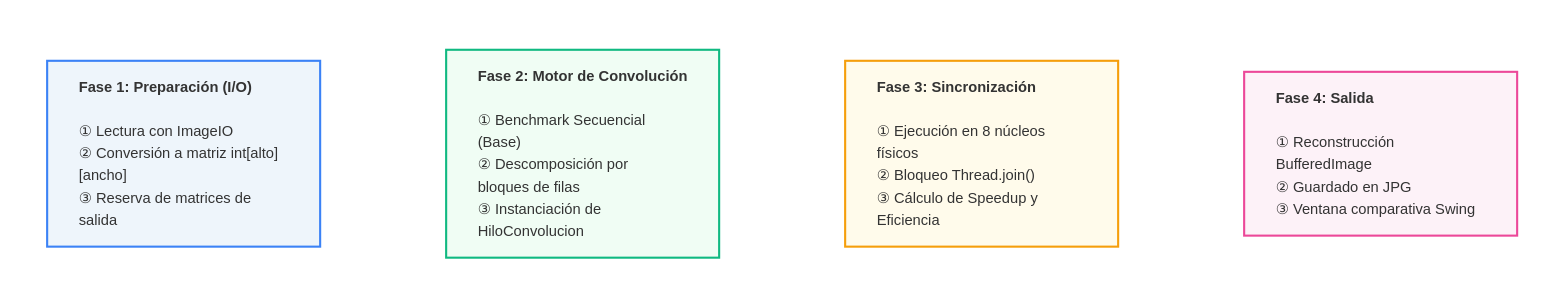
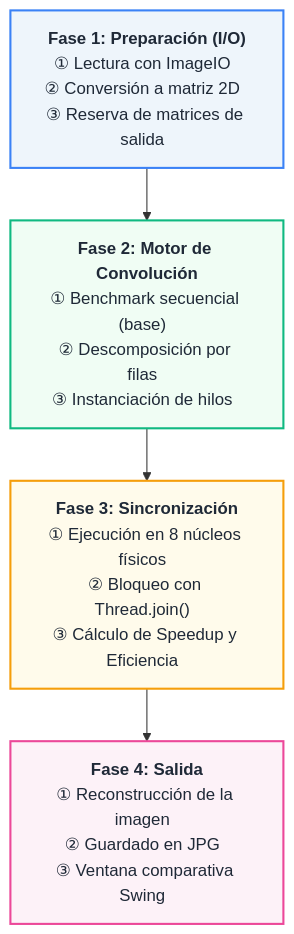
The diagram in README.md (elsebasdev1/image_convolution_parallel_processing), drawn with Mermaid before and after one commit.

````diff
--- a/README.md
+++ b/README.md
@@ -23,36 +23,14 @@
 ```mermaid
-%%{init: {'theme':'base', 'themeVariables': { 'fontSize':'14px'}}}%%
-graph LR
-    subgraph FASE_1[" "]
-        direction TB
-        A1["<b>Fase 1: Preparación (I/O)</b><br/><br/>① Lectura con ImageIO<br/>② Conversión a matriz int[alto][ancho]<br/>③ Reserva de matrices de salida"]
-    end
-    
-    subgraph FASE_2[" "]
-        direction TB
-        B1["<b>Fase 2: Motor de Convolución</b><br/><br/>① Benchmark Secuencial (Base)<br/>② Descomposición por bloques de filas<br/>③ Instanciación de HiloConvolucion"]
-    end
+graph TB
+    A1["<b>Fase 1: Preparación (I/O)</b><br/>① Lectura con ImageIO&nbsp;&nbsp;<br/>② Conversión a matriz 2D&nbsp;&nbsp;<br/>③ Reserva de matrices de salida&nbsp;&nbsp;"]
+    B1["<b>Fase 2: Motor de Convolución</b><br/>① Benchmark secuencial (base)&nbsp;&nbsp;<br/>② Descomposición por filas&nbsp;&nbsp;<br/>③ Instanciación de hilos&nbsp;&nbsp;"]
+    C1["<b>Fase 3: Sincronización</b><br/>① Ejecución en 8 núcleos físicos&nbsp;&nbsp;<br/>② Bloqueo con Thread.join()&nbsp;&nbsp;<br/>③ Cálculo de Speedup y Eficiencia&nbsp;&nbsp;"]
+    D1["<b>Fase 4: Salida</b><br/>① Reconstrucción de la imagen&nbsp;&nbsp;<br/>② Guardado en JPG&nbsp;&nbsp;<br/>③ Ventana comparativa Swing&nbsp;&nbsp;"]
 
-    subgraph FASE_3[" "]
-        direction TB
-        C1["<b>Fase 3: Sincronización</b><br/><br/>① Ejecución en 8 núcleos físicos<br/>② Bloqueo Thread.join()<br/>③ Cálculo de Speedup y Eficiencia"]
-    end
+    A1 --> B1 --> C1 --> D1
 
-    subgraph FASE_4[" "]
-        direction TB
-        D1["<b>Fase 4: Salida</b><br/><br/>① Reconstrucción BufferedImage<br/>② Guardado en JPG<br/>③ Ventana comparativa Swing"]
-    end
-    
-    FASE_1 ~~~ FASE_2
-    FASE_2 ~~~ FASE_3
-    FASE_3 ~~~ FASE_4
-    
-    style A1 fill:#eef5fb,stroke:#3b82f6,stroke-width:2px,text-align:left
-    style B1 fill:#f0fdf4,stroke:#10b981,stroke-width:2px,text-align:left
-    style C1 fill:#fffbeb,stroke:#f59e0b,stroke-width:2px,text-align:left
-    style D1 fill:#fdf2f8,stroke:#ec4899,stroke-width:2px,text-align:left
-    style FASE_1 fill:none,stroke:none
-    style FASE_2 fill:none,stroke:none
-    style FASE_3 fill:none,stroke:none
-    style FASE_4 fill:none,stroke:none
+    style A1 fill:#eef5fb,stroke:#3b82f6,stroke-width:2px,color:#1f2937
+    style B1 fill:#f0fdf4,stroke:#10b981,stroke-width:2px,color:#1f2937
+    style C1 fill:#fffbeb,stroke:#f59e0b,stroke-width:2px,color:#1f2937
+    style D1 fill:#fdf2f8,stroke:#ec4899,stroke-width:2px,color:#1f2937
 ```
````
